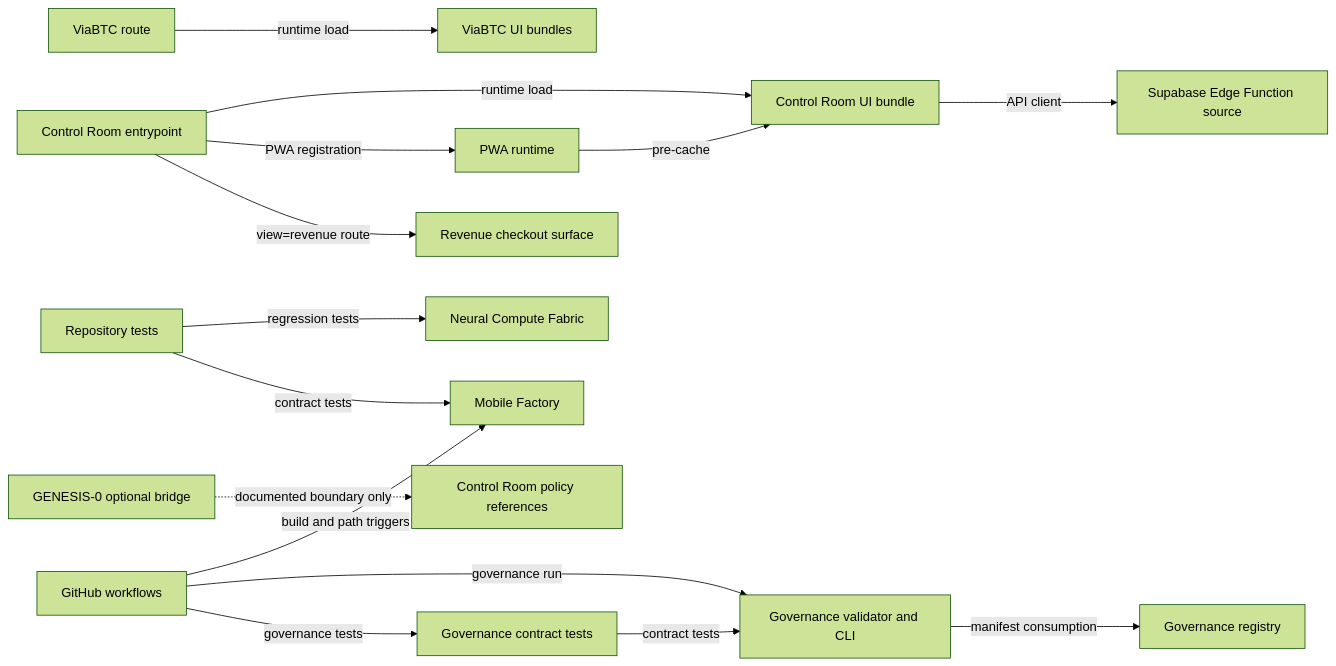
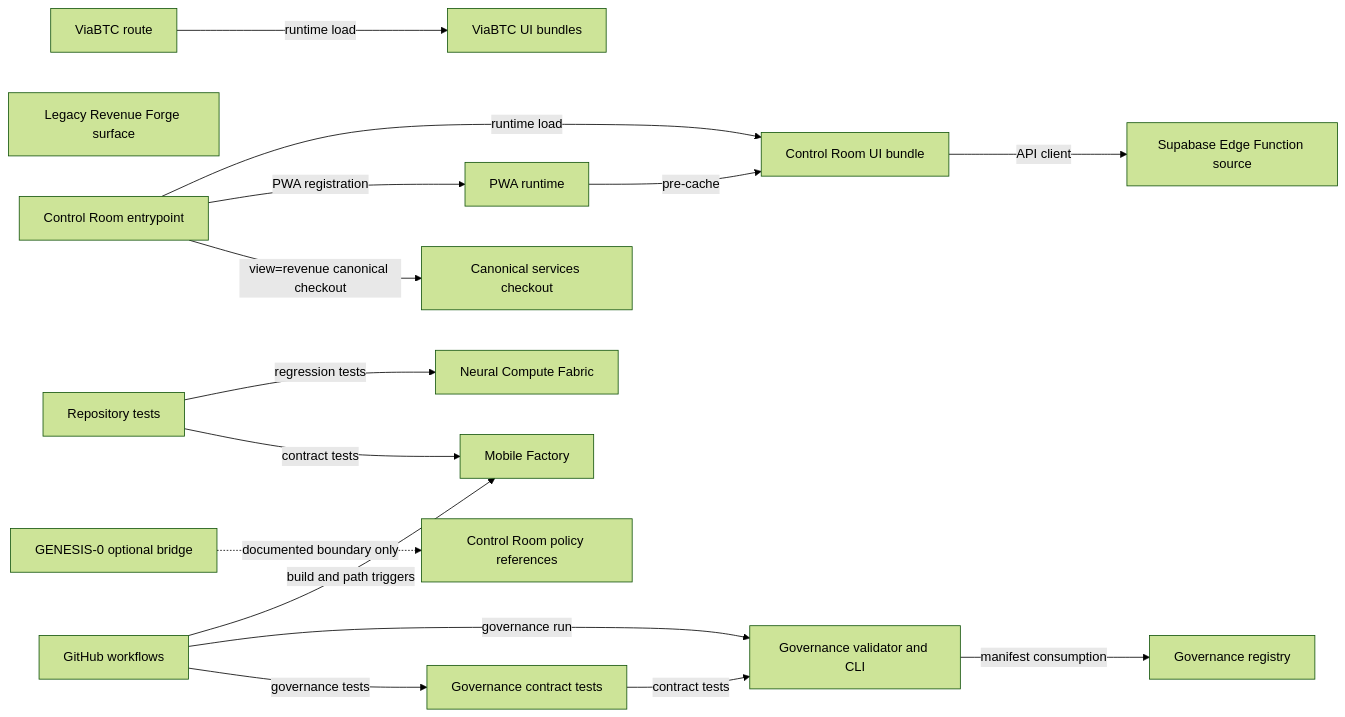
Before and after one commit to Sirahwaz/Control-room: the diagram in docs/architecture/DEPENDENCY_MAP.md, drawn with Mermaid (forest theme). The commit also changed other lines of this file and 4 other files, not shown here.

First line of the commit message:
Route Control Room revenue traffic through canonical services checkout (#362)

````diff
--- a/docs/architecture/DEPENDENCY_MAP.md
+++ b/docs/architecture/DEPENDENCY_MAP.md
@@ -5,34 +5,35 @@
 ```mermaid
 flowchart LR
   ENTRY[Control Room entrypoint]
   UI[Control Room UI bundle]
   PWA[PWA runtime]
-  REV[Revenue checkout surface]
+  REV[Legacy Revenue Forge surface]
+  SERVICES[Canonical services checkout]
   API[Supabase Edge Function source]
   VROUTE[ViaBTC route]
   VASSETS[ViaBTC UI bundles]
   TESTS[Repository tests]
   MNCF[Neural Compute Fabric]
   MOBILE[Mobile Factory]
   CI[GitHub workflows]
   G0[GENESIS-0 optional bridge]
   POLICY[Control Room policy references]
   GOVREG[Governance registry]
   GOVTOOL[Governance validator and CLI]
   GOVTEST[Governance contract tests]
 
   ENTRY -->|runtime load| UI
   ENTRY -->|PWA registration| PWA
   PWA -->|pre-cache| UI
-  ENTRY -->|view=revenue route| REV
+  ENTRY -->|view=revenue canonical checkout| SERVICES
   UI -->|API client| API
   VROUTE -->|runtime load| VASSETS
   TESTS -->|regression tests| MNCF
   TESTS -->|contract tests| MOBILE
   CI -->|build and path triggers| MOBILE
   G0 -.->|documented boundary only| POLICY
   GOVTOOL -->|manifest consumption| GOVREG
   GOVTEST -->|contract tests| GOVTOOL
   CI -->|governance run| GOVTOOL
   CI -->|governance tests| GOVTEST
 ```
````
